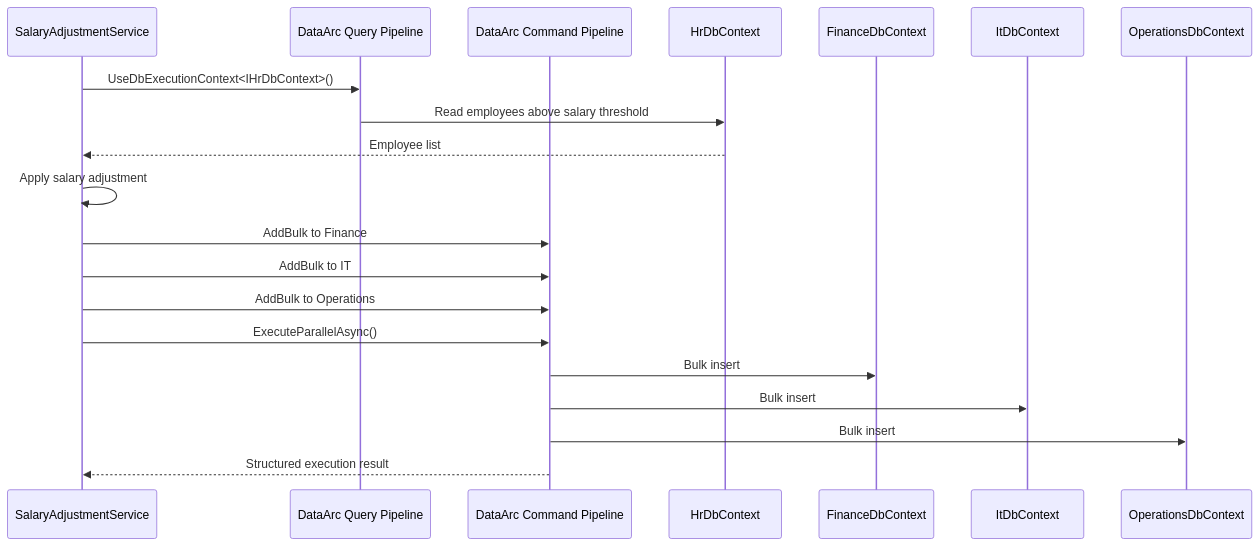
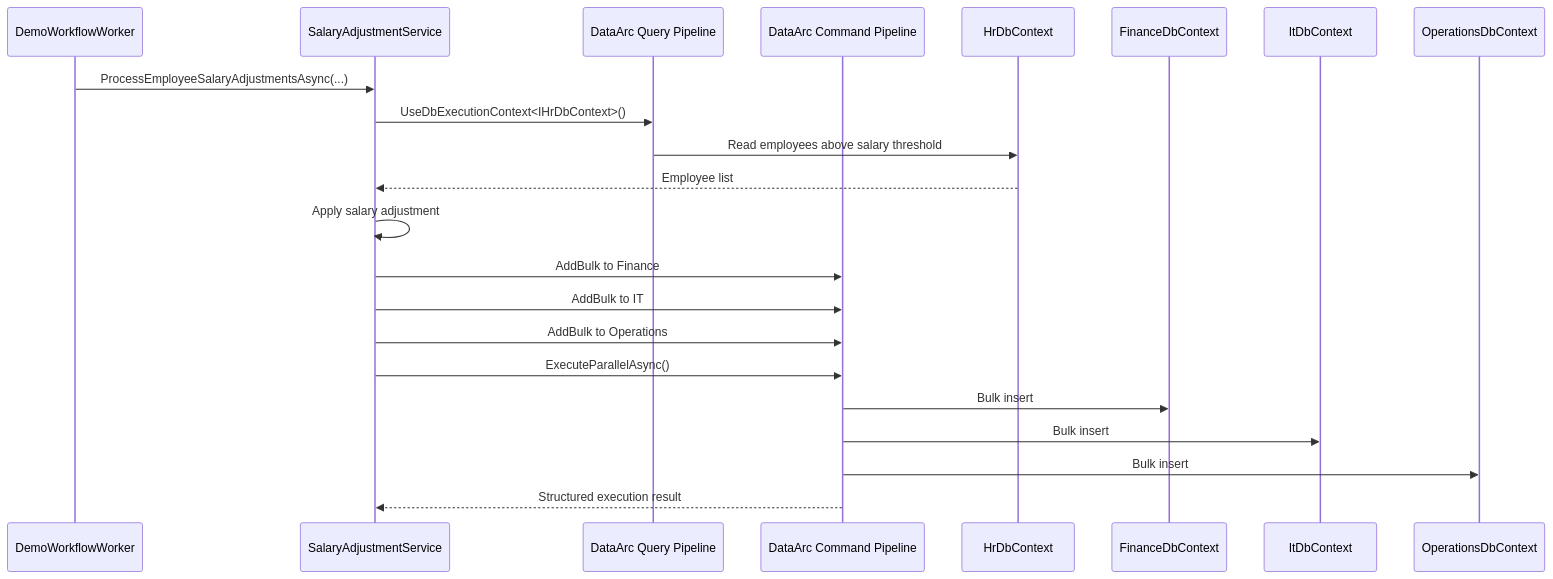
One commit to SolidArcSoftware/DataArc.EntityFrameworkCore changed the second of 4 diagrams in README.md. Above: the diagram before and after it, drawn with Mermaid. The commit also changed other lines of this file and 4 other files, not shown here.

````diff
--- a/README.md
+++ b/README.md
@@ -212,26 +287,28 @@
 ```mermaid
 sequenceDiagram
+    participant Worker as DemoWorkflowWorker
     participant Salary as SalaryAdjustmentService
     participant Query as DataArc Query Pipeline
     participant Command as DataArc Command Pipeline
     participant HR as HrDbContext
     participant Finance as FinanceDbContext
     participant IT as ItDbContext
     participant Ops as OperationsDbContext
 
+    Worker->>Salary: ProcessEmployeeSalaryAdjustmentsAsync(...)
     Salary->>Query: UseDbExecutionContext<IHrDbContext>()
     Query->>HR: Read employees above salary threshold
     HR-->>Salary: Employee list
 
     Salary->>Salary: Apply salary adjustment
 
     Salary->>Command: AddBulk to Finance
     Salary->>Command: AddBulk to IT
     Salary->>Command: AddBulk to Operations
     Salary->>Command: ExecuteParallelAsync()
 
     Command->>Finance: Bulk insert
     Command->>IT: Bulk insert
     Command->>Ops: Bulk insert
     Command-->>Salary: Structured execution result
 ```
````
